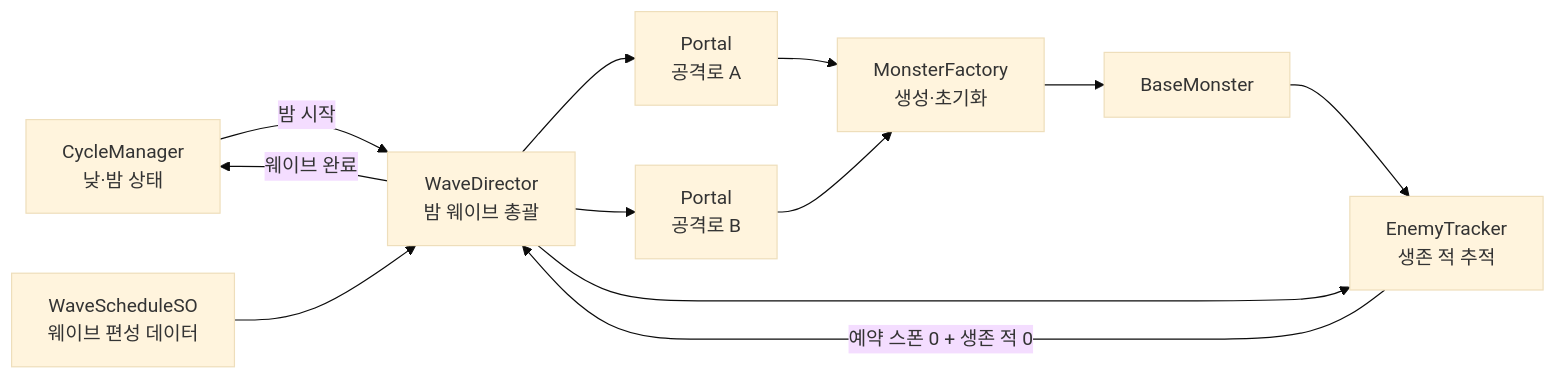
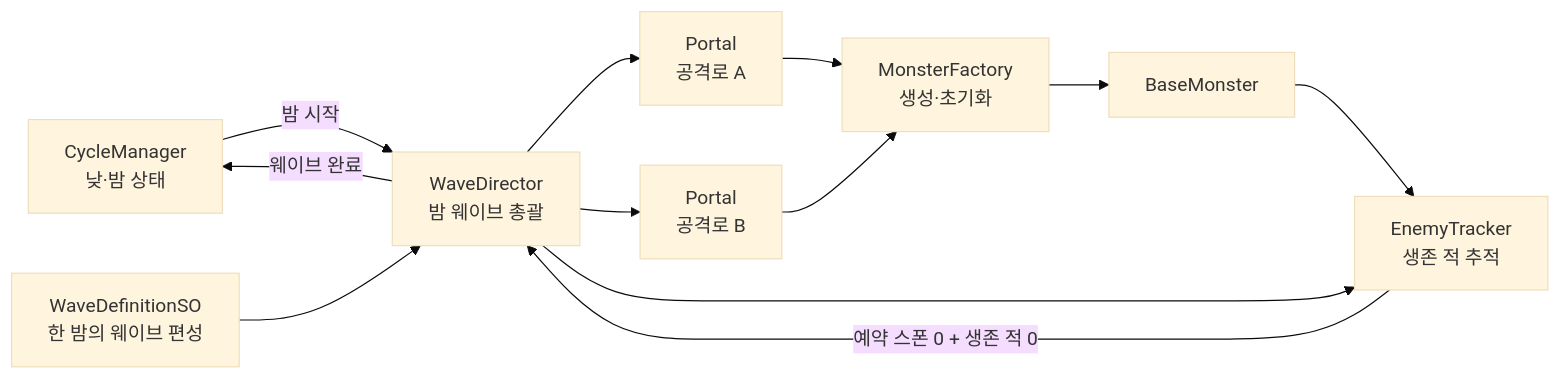
The diagram in Docs/포탈시스템_작업계획.md (JoKangHyeon/TowerAndDragon), drawn with Mermaid (base theme) before and after one commit. The commit also changed other lines of this file, not shown here.

````diff
--- a/Docs/포탈시스템_작업계획.md
+++ b/Docs/포탈시스템_작업계획.md
@@ -118,14 +263,14 @@
 ```mermaid
 flowchart LR
     Cycle["CycleManager<br/>낮·밤 상태"] -->|밤 시작| Director["WaveDirector<br/>밤 웨이브 총괄"]
-    Schedule["WaveScheduleSO<br/>웨이브 편성 데이터"] --> Director
+    Definition["WaveDefinitionSO<br/>한 밤의 웨이브 편성"] --> Director
     Director --> PortalA["Portal<br/>공격로 A"]
     Director --> PortalB["Portal<br/>공격로 B"]
     PortalA --> Factory["MonsterFactory<br/>생성·초기화"]
     PortalB --> Factory
     Factory --> Monster["BaseMonster"]
     Monster --> Tracker["EnemyTracker<br/>생존 적 추적"]
     Director --> Tracker
     Tracker -->|"예약 스폰 0 + 생존 적 0"| Director
     Director -->|웨이브 완료| Cycle
 ```
````
